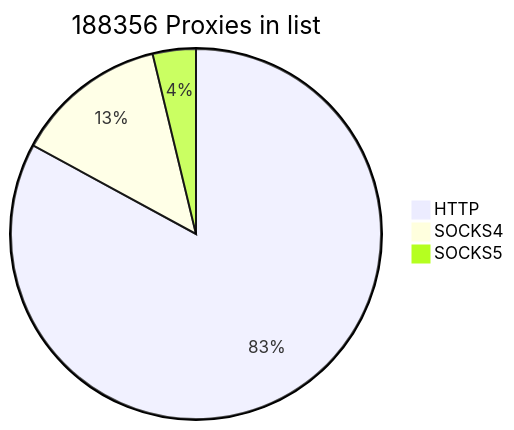
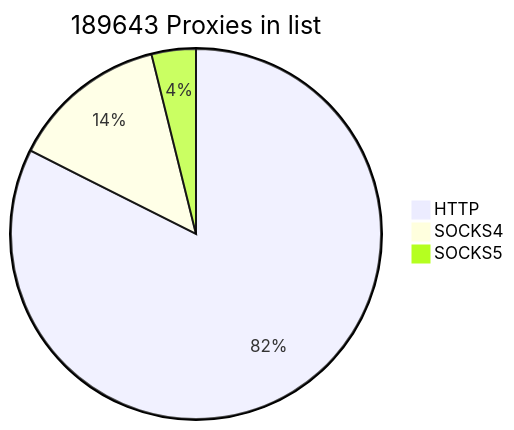
Before and after one commit to cutipu/proxylist: the first of 2 diagrams in README.md, drawn with Mermaid. The commit also changed other lines of this file, not shown here.

````diff
--- a/README.md
+++ b/README.md
@@ -2,7 +2,7 @@
 ```mermaid
-pie title 188356 Proxies in list
-    "HTTP" : 156216
-    "SOCKS4" : 25053
-    "SOCKS5" : 7087
+pie title 189643 Proxies in list
+    "HTTP" : 156328
+    "SOCKS4" : 25985
+    "SOCKS5" : 7330
             
 ```
````
